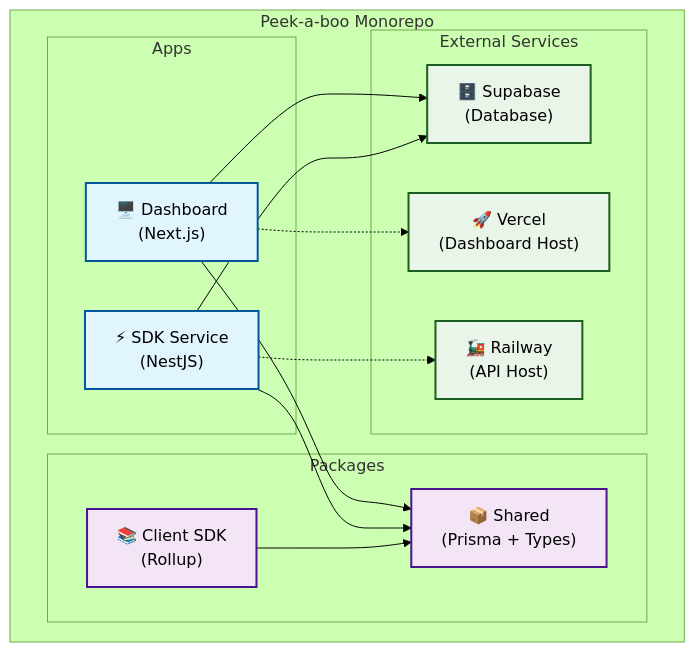
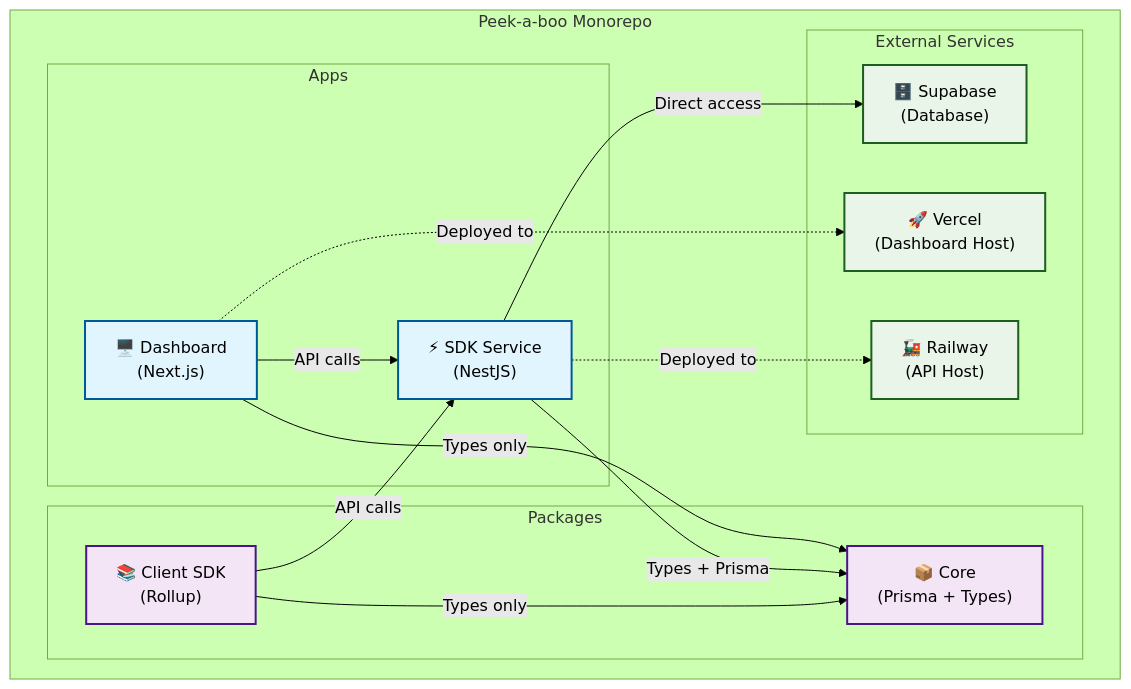
One commit to mariobrusarosco/peek-a-boo changed the first of 7 diagrams in docs/architecture-diagrams.md. Above: the diagram before and after it, drawn with Mermaid (forest theme). The commit also changed other lines of this file and 5 other files, not shown here.

````diff
--- a/docs/architecture-diagrams.md
+++ b/docs/architecture-diagrams.md
@@ -5,38 +5,39 @@
 ```mermaid
 graph TB
     subgraph "Peek-a-boo Monorepo"
         subgraph "Apps"
             Dashboard["🖥️ Dashboard<br/>(Next.js)"]
             SDKService["⚡ SDK Service<br/>(NestJS)"]
         end
-        
+
         subgraph "Packages"
-            Shared["📦 Shared<br/>(Prisma + Types)"]
+            Core["📦 Core<br/>(Prisma + Types)"]
             ClientSDK["📚 Client SDK<br/>(Rollup)"]
         end
-        
+
         subgraph "External Services"
             Supabase["🗄️ Supabase<br/>(Database)"]
             Vercel["🚀 Vercel<br/>(Dashboard Host)"]
             Railway["🚂 Railway<br/>(API Host)"]
         end
     end
-    
-    Dashboard --> Shared
-    SDKService --> Shared
-    ClientSDK --> Shared
-    
-    Dashboard --> Supabase
-    SDKService --> Supabase
-    
-    Dashboard -.-> Vercel
-    SDKService -.-> Railway
-    
+
+    Dashboard -->|Types only| Core
+    SDKService -->|Types + Prisma| Core
+    ClientSDK -->|Types only| Core
+
+    Dashboard -->|API calls| SDKService
+    ClientSDK -->|API calls| SDKService
+    SDKService -->|Direct access| Supabase
+
+    Dashboard -.->|Deployed to| Vercel
+    SDKService -.->|Deployed to| Railway
+
     classDef app fill:#e1f5fe,stroke:#01579b,stroke-width:2px
     classDef package fill:#f3e5f5,stroke:#4a148c,stroke-width:2px
     classDef external fill:#e8f5e8,stroke:#1b5e20,stroke-width:2px
-    
+
     class Dashboard,SDKService app
-    class Shared,ClientSDK package
+    class Core,ClientSDK package
     class Supabase,Vercel,Railway external
 ```
````
